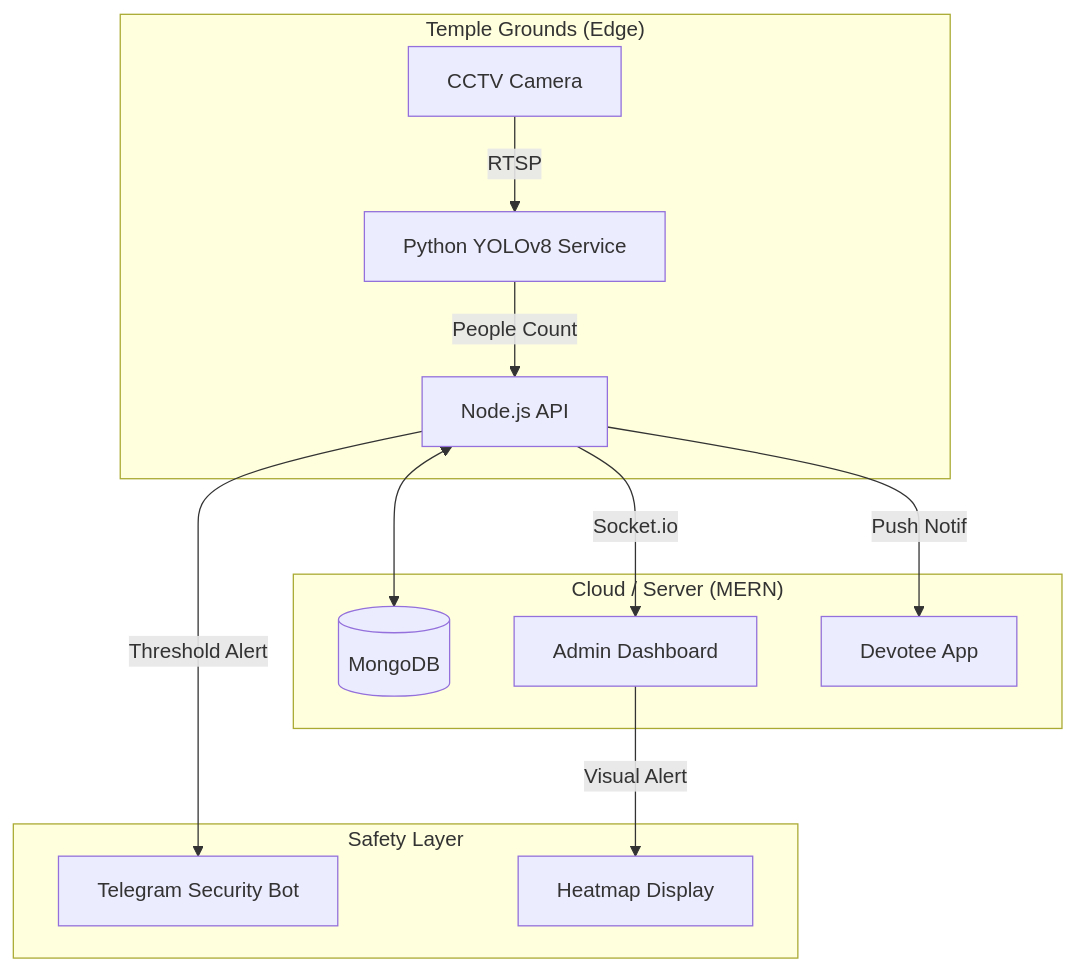
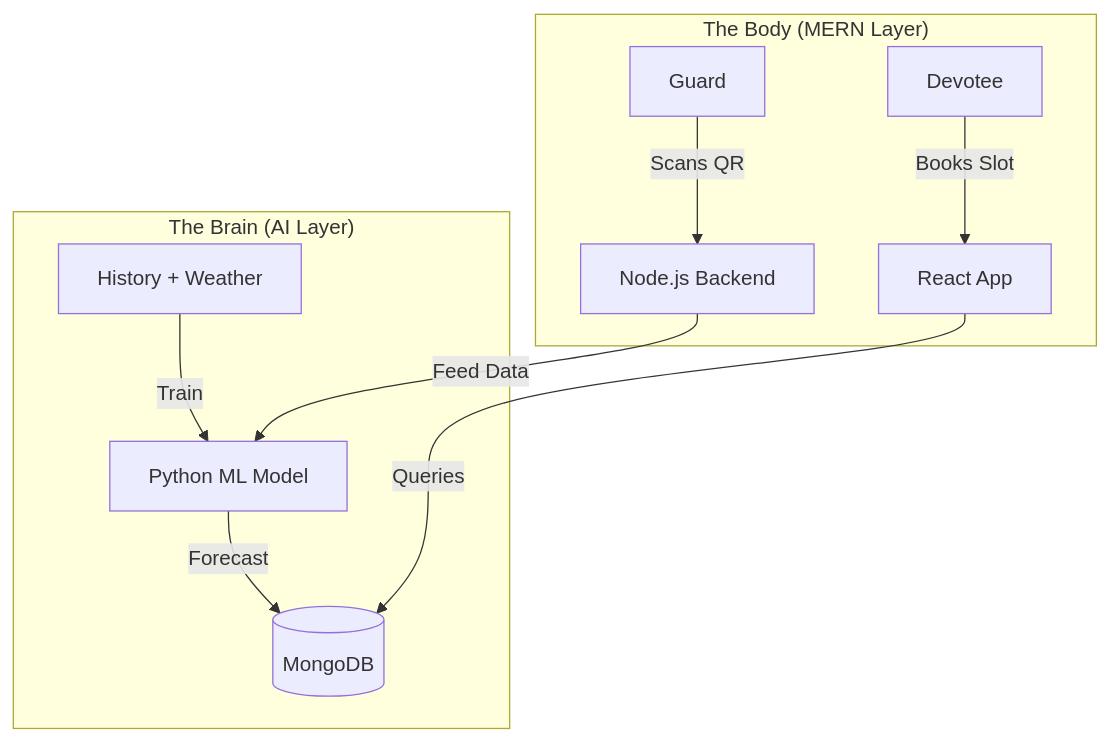
The diagram in README.md (ByteAcumen/temple-crowd-management), drawn with Mermaid before and after one commit. The commit also changed other lines of this file and 2 other files, not shown here.

````diff
--- a/README.md
+++ b/README.md
@@ -47,18 +44,14 @@
 ```mermaid
 graph TD
-    subgraph "Temple Grounds (Edge)"
-        CCTV[CCTV Camera] -->|RTSP| AI[Python YOLOv8 Service]
-        AI -->|People Count| Cloud
+    subgraph "The Brain (AI Layer)"
+        Data[History + Weather] -->|Train| Model[Python ML Model]
+        Model -->|Forecast| DB[(MongoDB)]
     end
 
-    subgraph "Cloud / Server (MERN)"
-        Cloud[Node.js API] <--> DB[(MongoDB)]
-        Cloud -->|Socket.io| Dash[Admin Dashboard]
-        Cloud -->|Push Notif| App[Devotee App]
-    end
-
-    subgraph "Safety Layer"
-        Cloud -->|Threshold Alert| TG[Telegram Security Bot]
-        Dash -->|Visual Alert| Map[Heatmap Display]
+    subgraph "The Body (MERN Layer)"
+        User[Devotee] -->|Books Slot| Web[React App]
+        Web -->|Queries| DB
+        Staff[Guard] -->|Scans QR| API[Node.js Backend]
+        API -->|Feed Data| Model
     end
 ```
````
